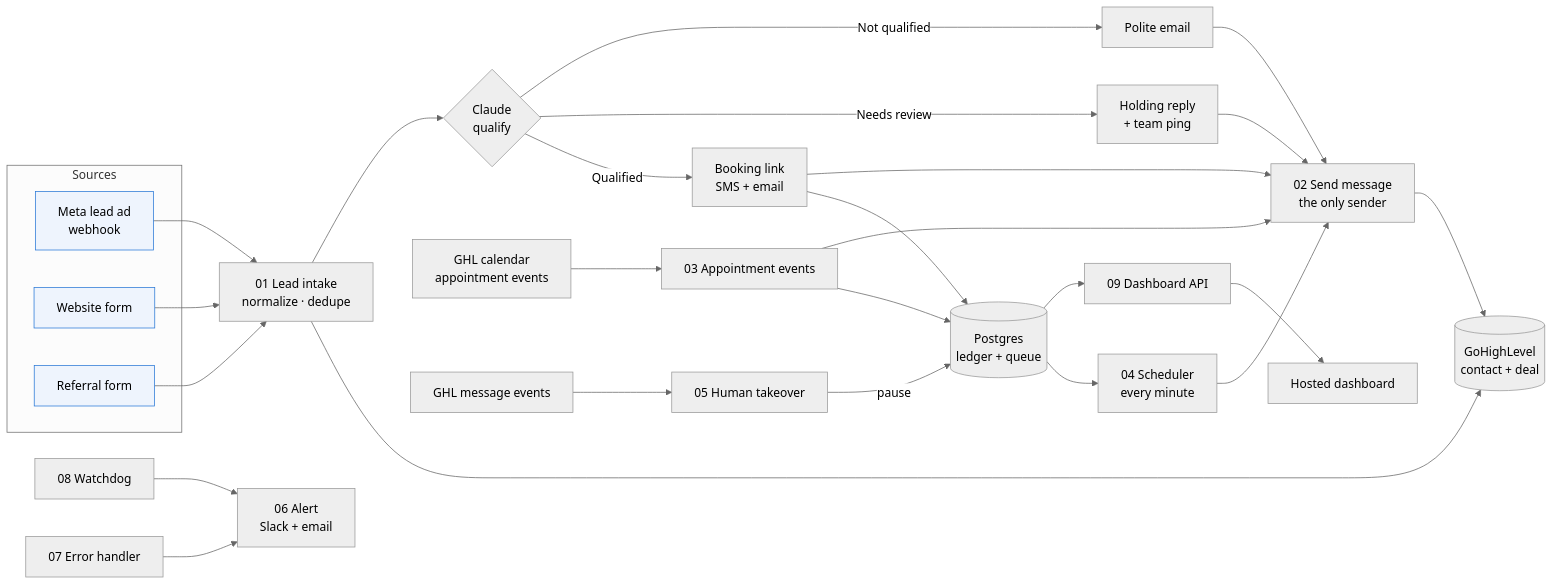
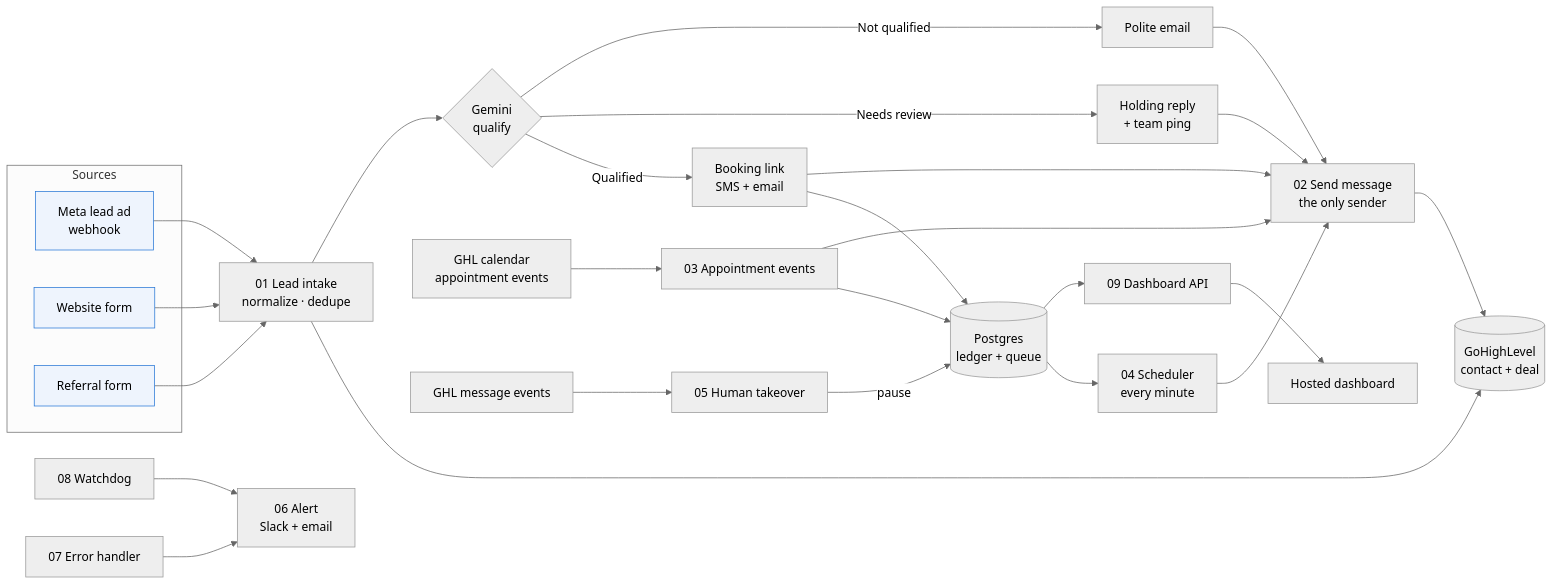
The diagram in speed-to-lead/README.md (sirineghader-dotcom/sirine-portfolio), drawn with Mermaid (neutral theme) before and after one commit. The commit also changed other lines of this file and 8 other files, not shown here.

First line of the commit message:
Switch lead qualification from Claude to Gemini (free tier)

````diff
--- a/speed-to-lead/README.md
+++ b/speed-to-lead/README.md
@@ -26,27 +26,27 @@
 ```mermaid
 flowchart LR
   subgraph Sources
     M[Meta lead ad<br/>webhook]:::src
     W[Website form]:::src
     R[Referral form]:::src
   end
   M & W & R --> I[01 Lead intake<br/>normalize · dedupe]
   I --> G[(GoHighLevel<br/>contact + deal)]
-  I --> C{Claude<br/>qualify}
+  I --> C{Gemini<br/>qualify}
   C -->|Qualified| Q[Booking link<br/>SMS + email]
   C -->|Needs review| N[Holding reply<br/>+ team ping]
   C -->|Not qualified| X[Polite email]
   Q --> S[(Postgres<br/>ledger + queue)]
   GA[GHL calendar<br/>appointment events] --> A[03 Appointment events]
   A --> S
   S --> SCH[04 Scheduler<br/>every minute]
   SCH --> SEND[02 Send message<br/>the only sender]
   Q & N & X & A --> SEND
   SEND --> G
   GM[GHL message events] --> H[05 Human takeover]
   H -->|pause| S
   WD[08 Watchdog] --> AL[06 Alert<br/>Slack + email]
   ERR[07 Error handler] --> AL
   S --> D[09 Dashboard API] --> DB[Hosted dashboard]
   classDef src fill:#eef4fd,stroke:#2a78d6
 ```
````
